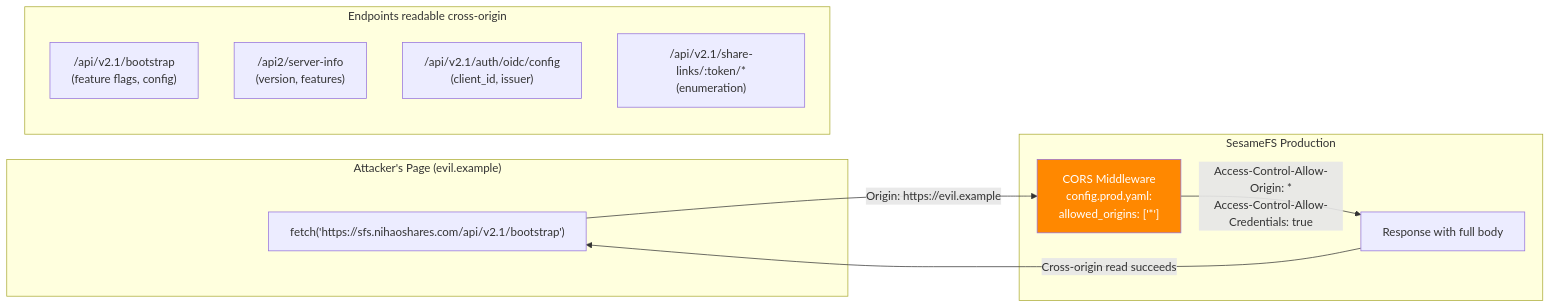
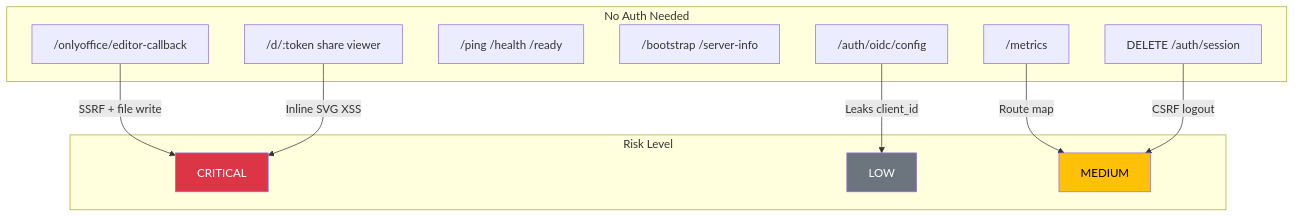
One commit to Sesame-Disk/cool-storage-api changed the fourth of 4 diagrams in docs/diagrams/security-architecture.mermaid.md. Above: the diagram before and after it, drawn with Mermaid. The commit also changed other lines of this file and 5 other files, not shown here.

Commit message:
Fix: mermaid diagram generator visibility. Adding diagrams and reviewing previous review fixes

````diff
--- a/docs/diagrams/security-architecture.mermaid.md
+++ b/docs/diagrams/security-architecture.mermaid.md
@@ -223,23 +92,24 @@
 ```mermaid
-flowchart LR
-    subgraph Attacker["Attacker's Page (evil.example)"]
-        JS["fetch('https://sfs.nihaoshares.com/api/v2.1/bootstrap')"]
+flowchart TD
+    subgraph Unauth["No Auth Needed"]
+        A1["/onlyoffice/editor-callback"]
+        A2["/d/:token share viewer"]
+        A3["/ping /health /ready"]
+        A4["/bootstrap /server-info"]
+        A5["/auth/oidc/config"]
+        A6["/metrics"]
+        A7["DELETE /auth/session"]
     end
-    
-    subgraph Server["SesameFS Production"]
-        CORS["CORS Middleware<br/>config.prod.yaml:<br/>allowed_origins: ['*']"]
-        CORS -->|"Access-Control-Allow-Origin: *<br/>Access-Control-Allow-Credentials: true"| Response["Response with full body"]
+
+    subgraph Risk["Risk Level"]
+        A1 -->|"SSRF + file write"| Critical["CRITICAL"]
+        A2 -->|"Inline SVG XSS"| Critical
+        A5 -->|"Leaks client_id"| Low["LOW"]
+        A6 -->|"Route map"| Medium["MEDIUM"]
+        A7 -->|"CSRF logout"| Medium
     end
-    
-    JS -->|"Origin: https://evil.example"| CORS
-    Response -->|"Cross-origin read succeeds"| JS
-    
-    subgraph Readable["Endpoints readable cross-origin"]
-        B["/api/v2.1/bootstrap<br/>(feature flags, config)"]
-        S["/api2/server-info<br/>(version, features)"]
-        O["/api/v2.1/auth/oidc/config<br/>(client_id, issuer)"]
-        SL["/api/v2.1/share-links/:token/*<br/>(enumeration)"]
-    end
-    
-    style CORS fill:#ff8800,color:#fff
+
+    style Critical fill:#dc3545,color:#fff
+    style Medium fill:#ffc107,color:#000
+    style Low fill:#6c757d,color:#fff
 ```
````
